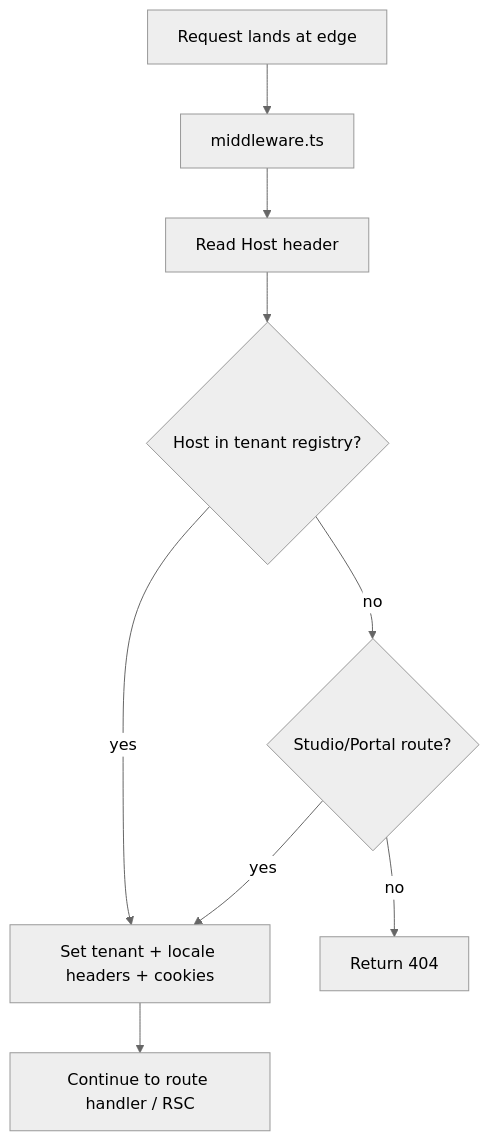
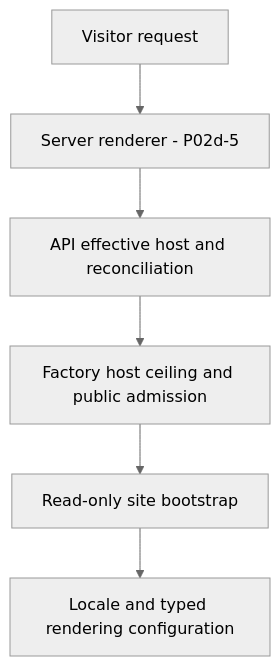
Before and after one commit to HodeTech/LearnStack: the diagram in docs/standards/07-frontend-architecture.md, drawn with Mermaid (neutral theme). The commit also changed other lines of this file and 38 other files, not shown here.

First line of the commit message:
docs: accept P02d-4 public read contracts

````diff
--- a/docs/standards/07-frontend-architecture.md
+++ b/docs/standards/07-frontend-architecture.md
@@ -74,17 +76,8 @@
 ```mermaid
 flowchart TD
-  req[Request lands at edge]
-  mw[middleware.ts]
-  host[Read Host header]
-  reg{Host in tenant registry?}
-  studio{Studio/Portal route?}
-  reject[Return 404]
-  ctx[Set tenant + locale headers + cookies]
-  route[Continue to route handler / RSC]
-
-  req --> mw --> host --> reg
-  reg -- yes --> ctx --> route
-  reg -- no --> studio
-  studio -- yes --> ctx
-  studio -- no --> reject
+  request[Visitor request] --> server[Server renderer - P02d-5]
+  server --> api[API effective host and reconciliation]
+  api --> scope[Factory host ceiling and public admission]
+  scope --> bootstrap[Read-only site bootstrap]
+  bootstrap --> render[Locale and typed rendering configuration]
 ```
````
